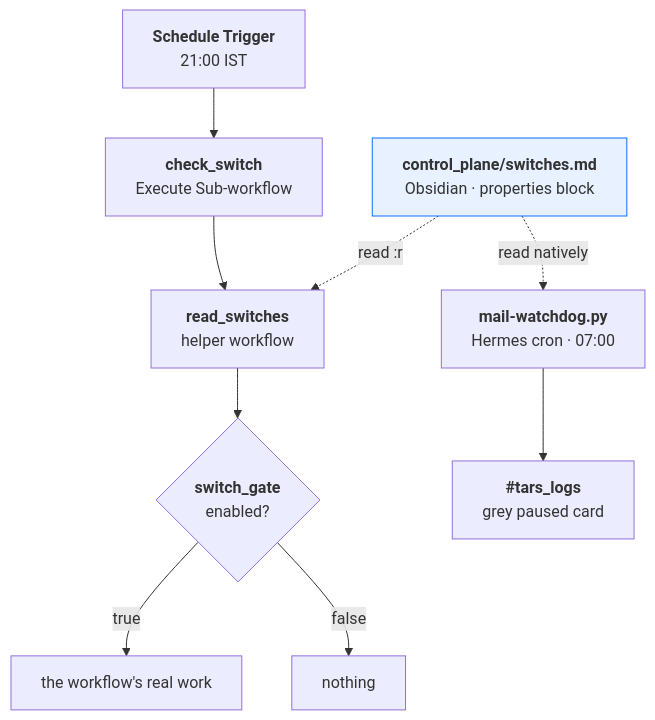
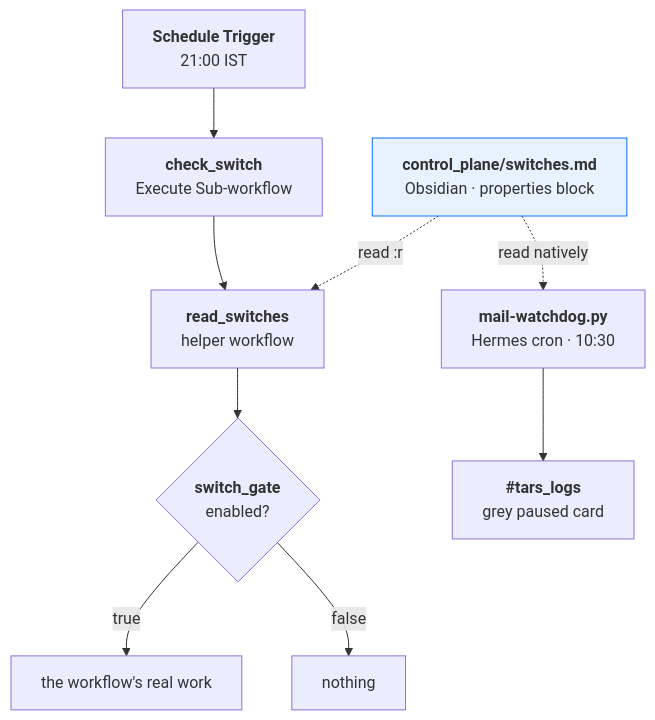
The diagram in docs/control_plane.md (zeltraxion/automation-stack), drawn with Mermaid before and after one commit. The commit also changed 2 other files, not shown here.

Commit message:
docs: move the mail watchdog from 07:00 to 10:30, when the lid is actually open

````diff
--- a/docs/control_plane.md
+++ b/docs/control_plane.md
@@ -41,19 +41,19 @@
 ```mermaid
 flowchart TD
     V["<b>control_plane/switches.md</b><br/>Obsidian · properties block"]
     S["<b>Schedule Trigger</b><br/>21:00 IST"]
     CS["<b>check_switch</b><br/>Execute Sub-workflow"]
     RS["<b>read_switches</b><br/>helper workflow"]
     G{"<b>switch_gate</b><br/>enabled?"}
     WORK["the workflow's real work"]
-    WD["<b>mail-watchdog.py</b><br/>Hermes cron · 07:00"]
+    WD["<b>mail-watchdog.py</b><br/>Hermes cron · 10:30"]
     CARD["<b>#tars_logs</b><br/>grey paused card"]
     S --> CS --> RS
     RS --> G
     V -.read :ro.-> RS
     G -->|true| WORK
     G -->|false| X["nothing"]
     V -.read natively.-> WD
     WD --> CARD
     style V fill:#e7f1ff,stroke:#0d6efd
 ```
````
